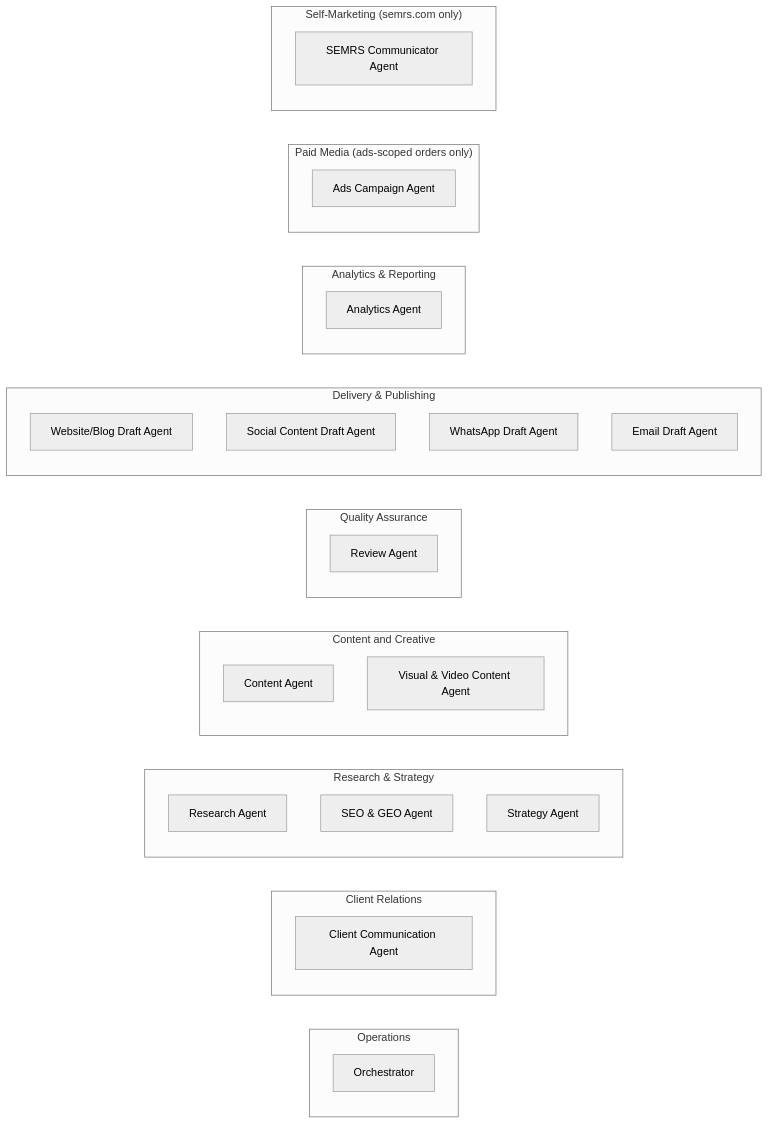
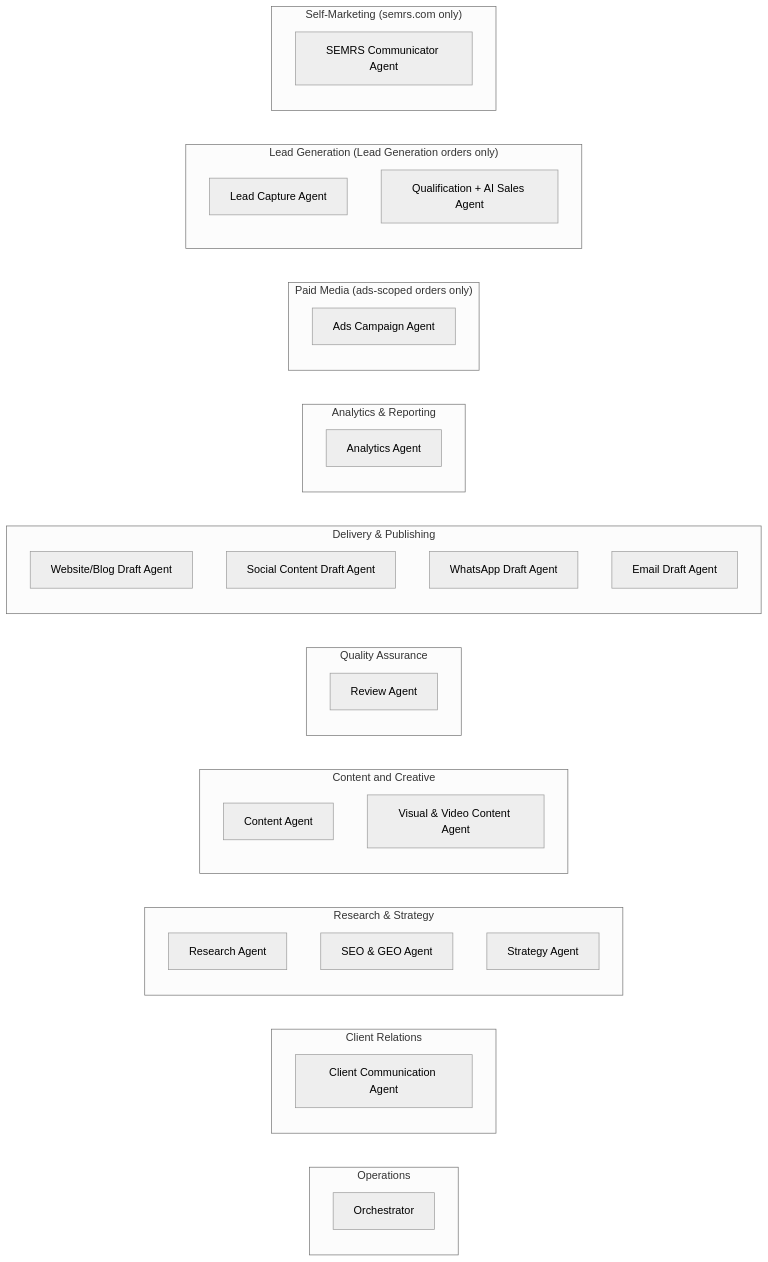
The second of 3 diagrams in CLAUDE.md (guestblogob-boop/SEMRS-MAM-System), drawn with Mermaid (neutral theme) before and after one commit. The commit also changed other lines of this file and 3 other files, not shown here.

First line of the commit message:
Update org chart, README, and changelog for Lead Generation agents

````diff
--- a/CLAUDE.md
+++ b/CLAUDE.md
@@ -709,39 +715,44 @@
 ```mermaid
 flowchart LR
     subgraph OPS["Operations"]
         ORCH2["Orchestrator"]
     end
     subgraph CR["Client Relations"]
         CC2["Client Communication Agent"]
     end
     subgraph RS["Research & Strategy"]
         direction TB
         RES2["Research Agent"]
         SEOG2["SEO & GEO Agent"]
         STRAT2["Strategy Agent"]
     end
     subgraph CRE["Content and Creative"]
         direction TB
         CONT2["Content Agent"]
         VIS2["Visual & Video Content Agent"]
     end
     subgraph QA["Quality Assurance"]
         REV2["Review Agent"]
     end
     subgraph DP["Delivery & Publishing"]
         direction TB
         WEB2["Website/Blog Draft Agent"]
         SOC2["Social Content Draft Agent"]
         WA2["WhatsApp Draft Agent"]
         EM2["Email Draft Agent"]
     end
     subgraph AR["Analytics & Reporting"]
         AN2["Analytics Agent"]
     end
     subgraph PM["Paid Media (ads-scoped orders only)"]
         ADS2["Ads Campaign Agent"]
     end
+    subgraph LG["Lead Generation (Lead Generation orders only)"]
+        direction TB
+        LC2["Lead Capture Agent"]
+        QS2["Qualification + AI Sales Agent"]
+    end
     subgraph SM["Self-Marketing (semrs.com only)"]
         SC2["SEMRS Communicator Agent"]
     end
 ```
````
